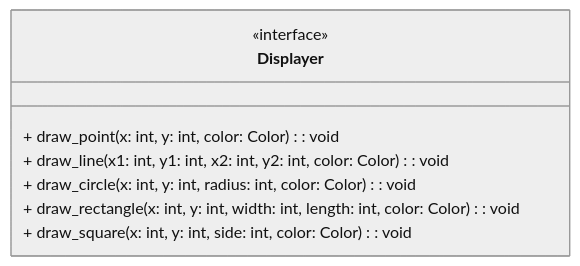
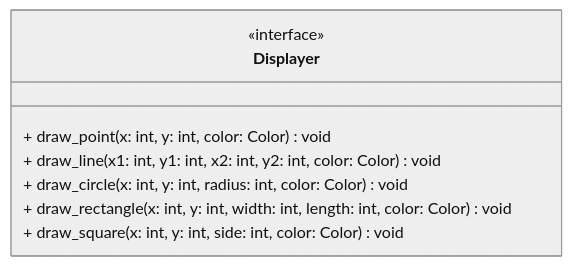
Before and after one commit to blavad/poo-python: the second of 2 diagrams in TP4-Polymorphisme/README.md, drawn with Mermaid (neutral theme). The commit also changed other lines of this file and 1 other file, not shown here.

````diff
--- a/TP4-Polymorphisme/README.md
+++ b/TP4-Polymorphisme/README.md
@@ -130,14 +130,13 @@
    ```mermaid
    classDiagram
        direction TB
         class Displayer {
-           + draw_point(x: int, y: int, color: Color): void
-           + draw_line(x1: int, y1: int, x2: int, y2: int, color: Color): void
-           + draw_circle(x: int, y: int, radius: int, color: Color): void
-           + draw_rectangle(x: int, y: int, width: int, length: int, color: Color): void
-           + draw_square(x: int, y: int, side: int, color: Color): void
-
+           + draw_point(x: int, y: int, color: Color) void
+           + draw_line(x1: int, y1: int, x2: int, y2: int, color: Color) void
+           + draw_circle(x: int, y: int, radius: int, color: Color) void
+           + draw_rectangle(x: int, y: int, width: int, length: int, color: Color) void
+           + draw_square(x: int, y: int, side: int, color: Color) void
            }
 
        <<interface>> Displayer
    ```
````
